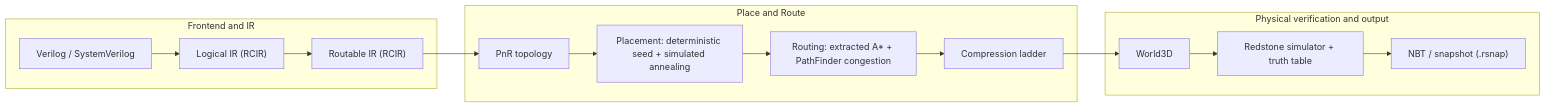
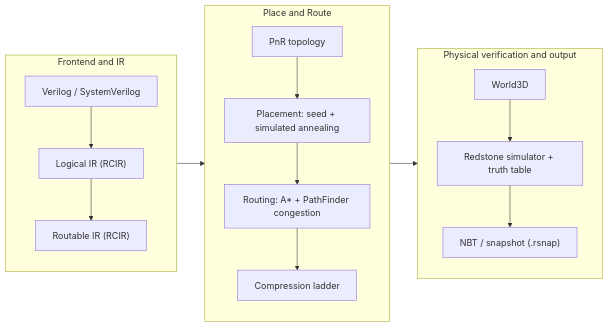
The first of 2 diagrams in README.md (MineRealms/RedstoneTranslator), drawn with Mermaid before and after one commit. The commit also changed other lines of this file and 1 other file, not shown here.

First line of the commit message:
Lay out the README diagrams in compact vertical columns

````diff
--- a/README.md
+++ b/README.md
@@ -24,18 +24,21 @@
 ```mermaid
 flowchart LR
     subgraph frontend["Frontend and IR"]
+        direction TB
         V["Verilog / SystemVerilog"] --> L["Logical IR (RCIR)"]
         L --> R["Routable IR (RCIR)"]
     end
     subgraph pnr["Place and Route"]
-        R --> T["PnR topology"]
-        T --> P["Placement: deterministic seed + simulated annealing"]
-        P --> RT["Routing: extracted A* + PathFinder congestion"]
+        direction TB
+        T["PnR topology"] --> P["Placement: seed + simulated annealing"]
+        P --> RT["Routing: A* + PathFinder congestion"]
         RT --> C["Compression ladder"]
     end
     subgraph verify["Physical verification and output"]
-        C --> W["World3D"]
-        W --> S["Redstone simulator + truth table"]
+        direction TB
+        W["World3D"] --> S["Redstone simulator + truth table"]
         S --> N["NBT / snapshot (.rsnap)"]
     end
+    R --> T
+    C --> W
 ```
````
